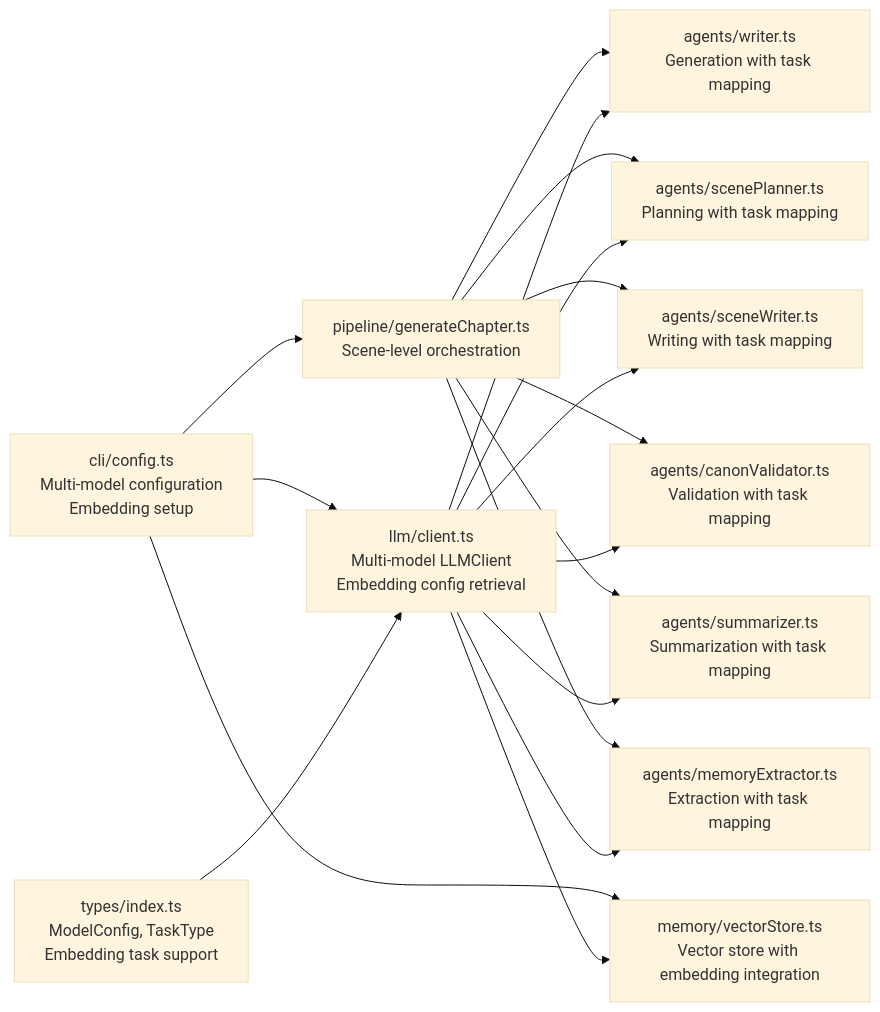
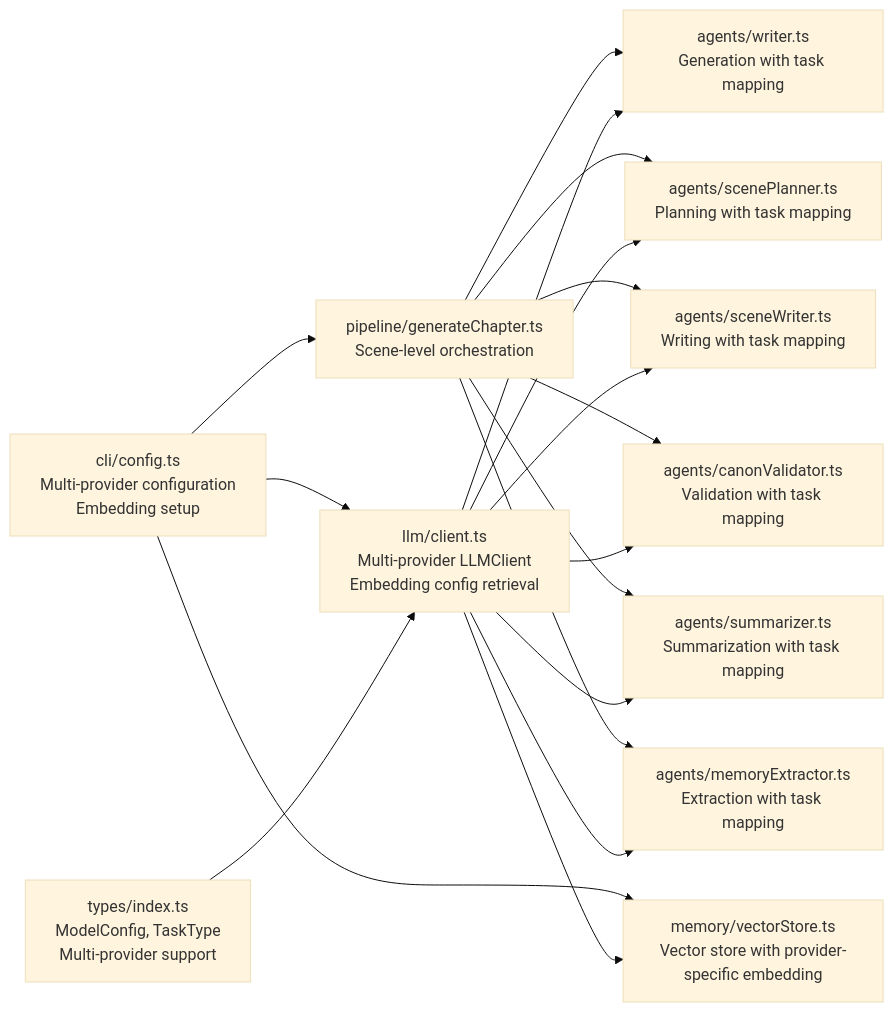
Before and after one commit to liwonder/NARRITIVE_OS: the eighth of 8 diagrams in .qoder/repowiki/en/content/LLM Integration and Configuration.md, drawn with Mermaid (base theme). The commit also changed other lines of this file and 4 other files, not shown here.

Commit message:
wiki and full flow test case

````diff
--- a/.qoder/repowiki/en/content/LLM Integration and Configuration.md
+++ b/.qoder/repowiki/en/content/LLM Integration and Configuration.md
@@ -555,20 +638,20 @@
 ```mermaid
 graph LR
-TYPES["types/index.ts<br/>ModelConfig, TaskType<br/>Embedding task support"] --> CLIENT["llm/client.ts<br/>Multi-model LLMClient<br/>Embedding config retrieval"]
+TYPES["types/index.ts<br/>ModelConfig, TaskType<br/>Multi-provider support"] --> CLIENT["llm/client.ts<br/>Multi-provider LLMClient<br/>Embedding config retrieval"]
 CLIENT --> WR["agents/writer.ts<br/>Generation with task mapping"]
 CLIENT --> PLAN["agents/scenePlanner.ts<br/>Planning with task mapping"]
 CLIENT --> WRITE["agents/sceneWriter.ts<br/>Writing with task mapping"]
 CLIENT --> VAL["agents/canonValidator.ts<br/>Validation with task mapping"]
 CLIENT --> SUM["agents/summarizer.ts<br/>Summarization with task mapping"]
 CLIENT --> MEM["agents/memoryExtractor.ts<br/>Extraction with task mapping"]
-CLIENT --> VECTOR["memory/vectorStore.ts<br/>Vector store with embedding integration"]
+CLIENT --> VECTOR["memory/vectorStore.ts<br/>Vector store with provider-specific embedding"]
 PIPE["pipeline/generateChapter.ts<br/>Scene-level orchestration"] --> WR
 PIPE --> PLAN
 PIPE --> WRITE
 PIPE --> VAL
 PIPE --> SUM
 PIPE --> MEM
-CFG["cli/config.ts<br/>Multi-model configuration<br/>Embedding setup"] --> CLIENT
+CFG["cli/config.ts<br/>Multi-provider configuration<br/>Embedding setup"] --> CLIENT
 CFG --> PIPE
 CFG --> VECTOR
 ```
````
